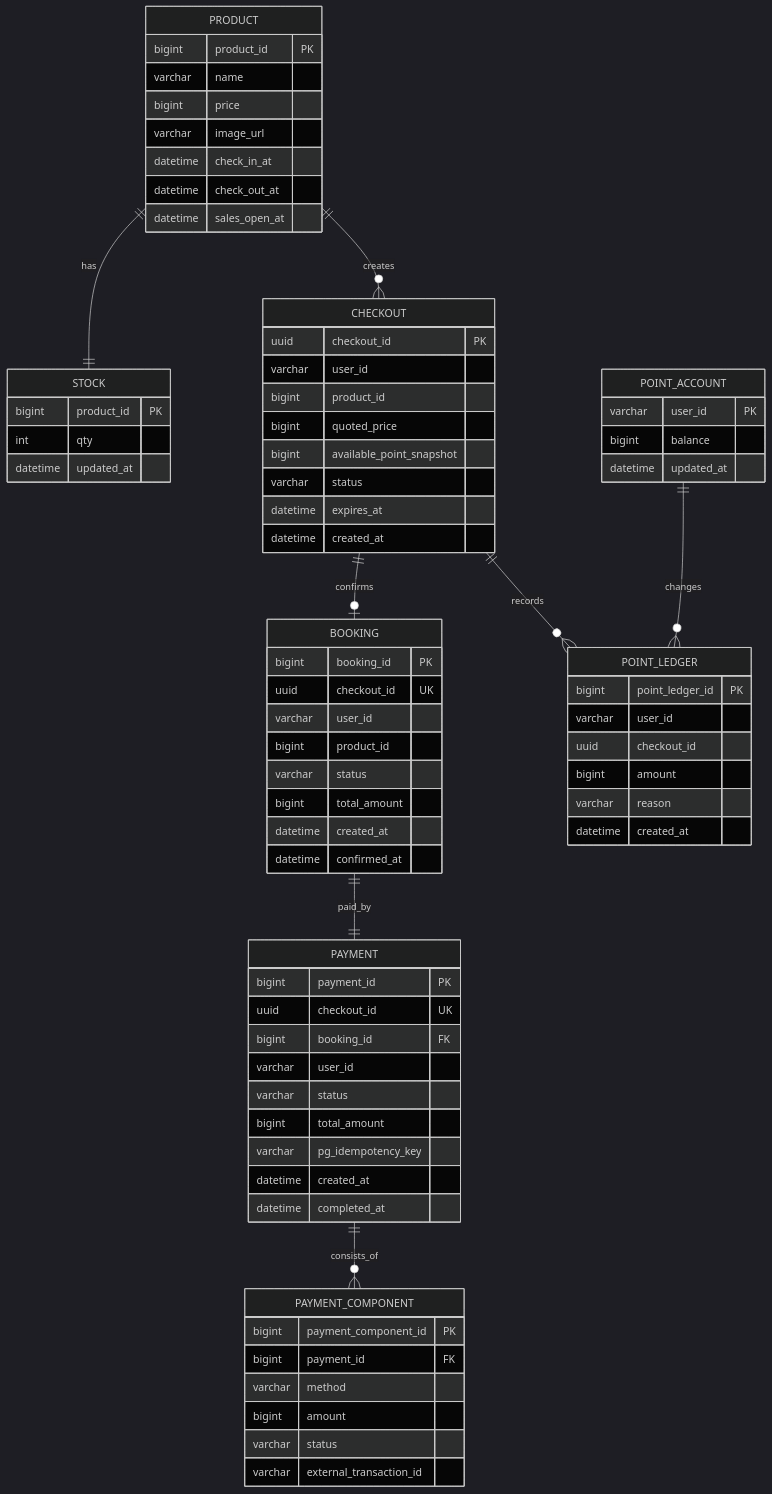
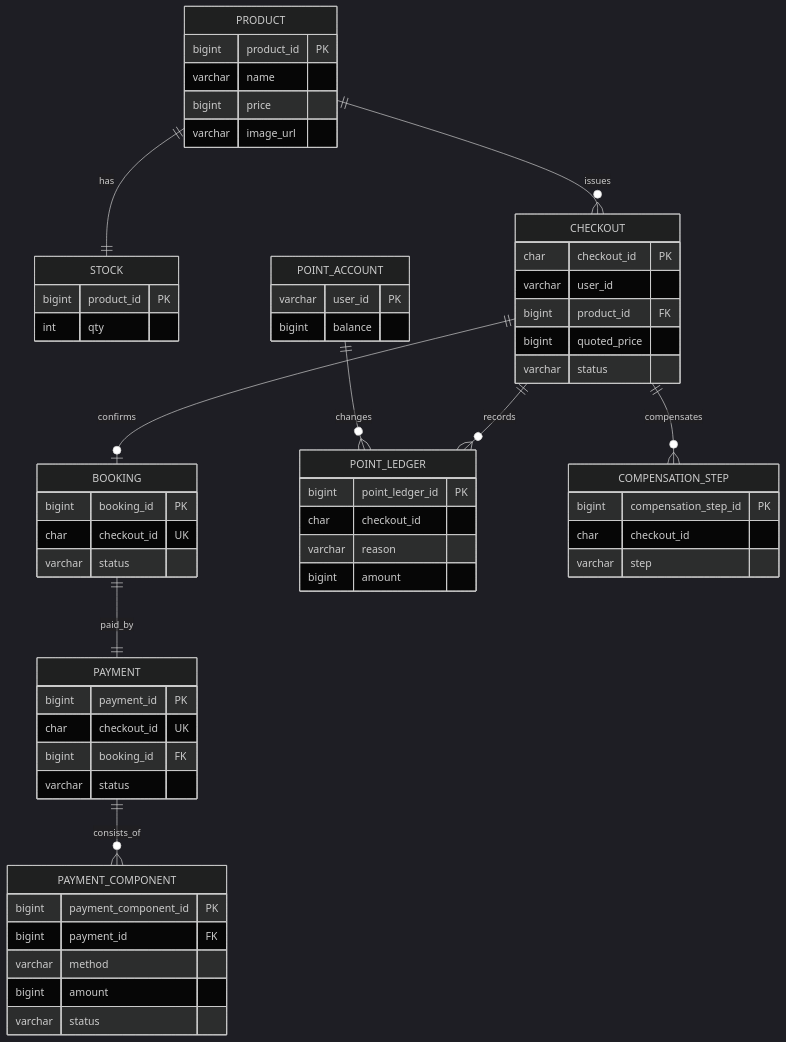
Before and after one commit to conagreen/hello-pani: the third of 3 diagrams in docs/DOMAIN.md, drawn with Mermaid (dark theme). The commit also changed other lines of this file and 4 other files, not shown here.

````diff
--- a/docs/DOMAIN.md
+++ b/docs/DOMAIN.md
@@ -454,84 +233,62 @@
 ```mermaid
 erDiagram
     PRODUCT ||--|| STOCK : has
-    PRODUCT ||--o{ CHECKOUT : creates
+    PRODUCT ||--o{ CHECKOUT : issues
     CHECKOUT ||--o| BOOKING : confirms
     BOOKING ||--|| PAYMENT : paid_by
     PAYMENT ||--o{ PAYMENT_COMPONENT : consists_of
+    POINT_ACCOUNT ||--o{ POINT_LEDGER : changes
     CHECKOUT ||--o{ POINT_LEDGER : records
-    POINT_ACCOUNT ||--o{ POINT_LEDGER : changes
+    CHECKOUT ||--o{ COMPENSATION_STEP : compensates
 
     PRODUCT {
         bigint product_id PK
         varchar name
         bigint price
         varchar image_url
-        datetime check_in_at
-        datetime check_out_at
-        datetime sales_open_at
     }
-
     STOCK {
         bigint product_id PK
         int qty
-        datetime updated_at
     }
-
     CHECKOUT {
-        uuid checkout_id PK
+        char checkout_id PK
         varchar user_id
-        bigint product_id
+        bigint product_id FK
         bigint quoted_price
-        bigint available_point_snapshot
         varchar status
-        datetime expires_at
-        datetime created_at
     }
-
     BOOKING {
         bigint booking_id PK
-        uuid checkout_id UK
-        varchar user_id
-        bigint product_id
+        char checkout_id UK
         varchar status
-        bigint total_amount
-        datetime created_at
-        datetime confirmed_at
     }
-
     PAYMENT {
         bigint payment_id PK
-        uuid checkout_id UK
+        char checkout_id UK
         bigint booking_id FK
-        varchar user_id
         varchar status
-        bigint total_amount
-        varchar pg_idempotency_key
-        datetime created_at
-        datetime completed_at
     }
-
     PAYMENT_COMPONENT {
         bigint payment_component_id PK
         bigint payment_id FK
         varchar method
         bigint amount
         varchar status
-        varchar external_transaction_id
     }
-
     POINT_ACCOUNT {
         varchar user_id PK
         bigint balance
-        datetime updated_at
     }
-
     POINT_LEDGER {
         bigint point_ledger_id PK
-        varchar user_id
-        uuid checkout_id
+        char checkout_id
+        varchar reason
         bigint amount
-        varchar reason
-        datetime created_at
+    }
+    COMPENSATION_STEP {
+        bigint compensation_step_id PK
+        char checkout_id
+        varchar step
     }
 ```
````
